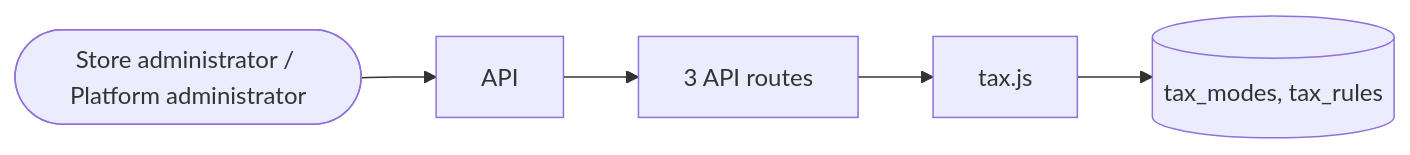
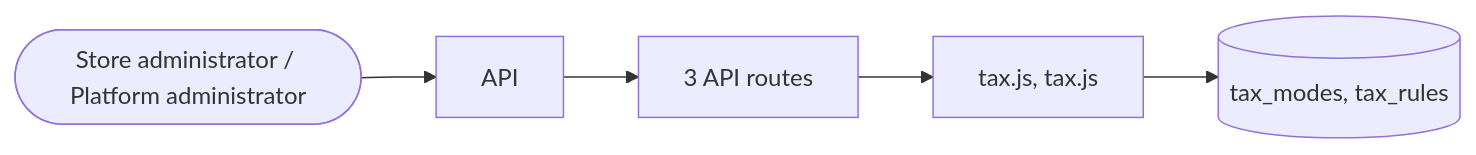
The diagram in docs/domains/tax.md (echelonxventures-Projects/universal-product), drawn with Mermaid before and after one commit. The commit also changed other lines of this file and 135 other files, not shown here.

````diff
--- a/docs/domains/tax.md
+++ b/docs/domains/tax.md
@@ -56,8 +57,8 @@
 ```mermaid
 flowchart LR
   U([Store administrator / Platform administrator]) --> UI[API]
   UI --> API[3 API routes]
-  API --> ENG[tax.js]
+  API --> ENG[tax.js, tax.js]
   ENG --> DB[(tax_modes, tax_rules)]
 
 ```
````
